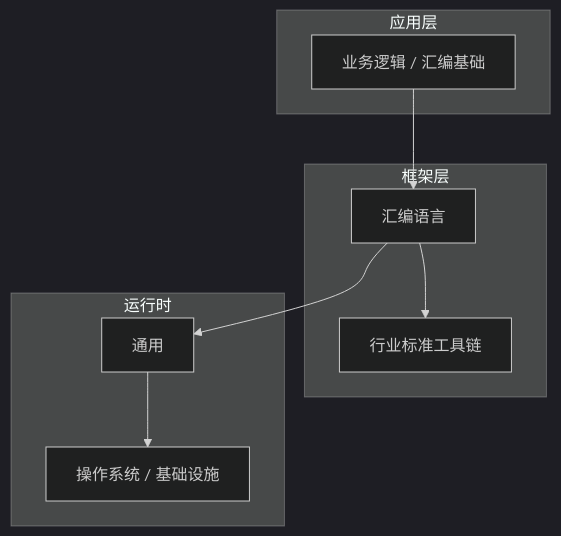
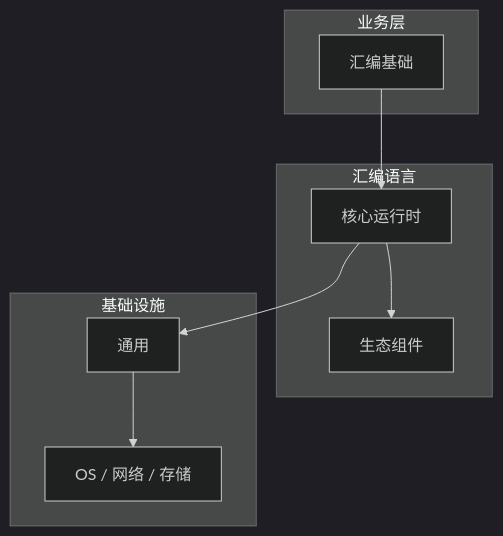
The diagram in articles/汇编语言/chapters/001-汇编基础核心概念与原理.md (yanggan2015/knowledge-json-v2), drawn with Mermaid (dark theme) before and after one commit. The commit also changed other lines of this file and 10127 other files, not shown here.

````diff
--- a/articles/汇编语言/chapters/001-汇编基础核心概念与原理.md
+++ b/articles/汇编语言/chapters/001-汇编基础核心概念与原理.md
@@ -45,18 +34,18 @@
 ```mermaid
 graph TB
-    subgraph 应用层
-        A[业务逻辑 / 汇编基础]
+    subgraph 业务层
+        A[汇编基础]
     end
-    subgraph 框架层
-        B[汇编语言]
-        C[行业标准工具链]
+    subgraph 汇编语言
+        B[核心运行时]
+        C[生态组件]
     end
-    subgraph 运行时
+    subgraph 基础设施
         D[通用]
-        E[操作系统 / 基础设施]
+        E[OS / 网络 / 存储]
     end
     A --> B
     B --> C
     B --> D
     D --> E
 ```
````
